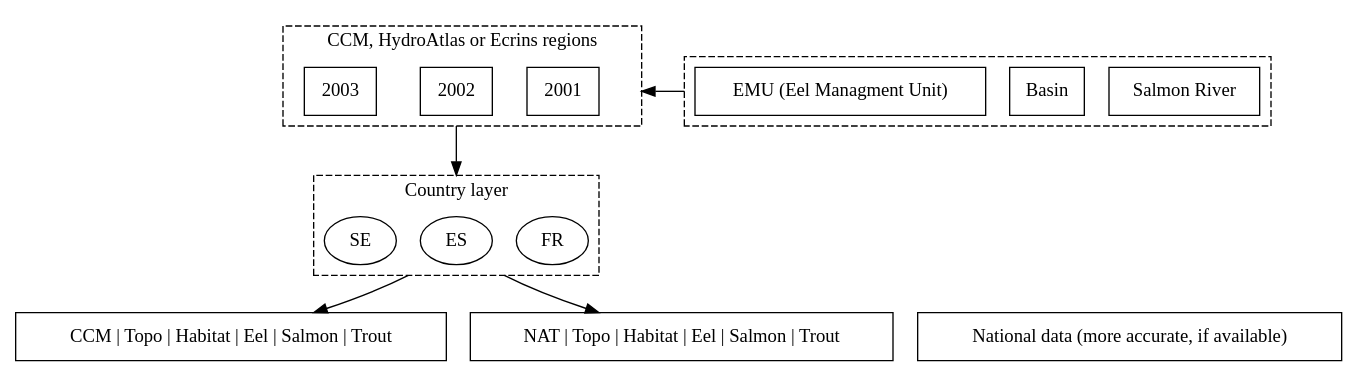
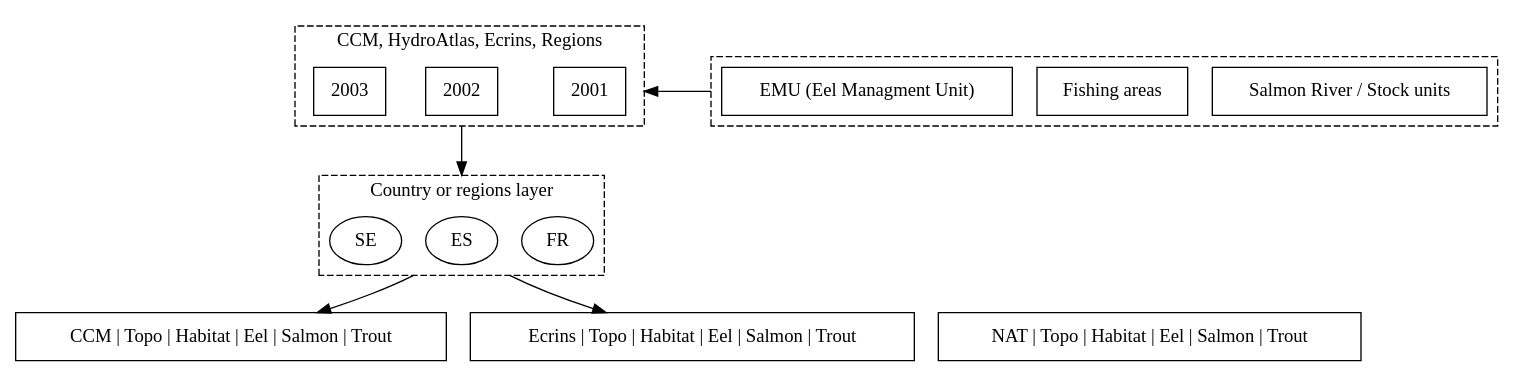
Before and after one commit to DIASPARAproject/WP3_migdb: the first of 5 diagrams in R/diaspara_WP3_presentation.qmd, drawn with Graphviz. The commit also changed other lines of this file and 2 other files, not shown here.

Commit message:
dev: some more work on the presentation

````diff
--- a/R/diaspara_WP3_presentation.qmd
+++ b/R/diaspara_WP3_presentation.qmd
@@ -57,59 +60,59 @@
 ```{dot}
 digraph {
     //rankdir=TB; // Top-to-bottom orientation
     compound=true;
     newrank=true;
     A [label="2001", shape=box];
     B [label="2002", shape=box];
     C [label="2003", shape=box];
     D [label="FR", shape=ellipse];
     E [label="ES", shape=ellipse];
     F [label="SE", shape=ellipse];
     G [label="CCM | Topo | Habitat | Eel | Salmon | Trout", shape=box];
-    H [label="NAT | Topo | Habitat | Eel | Salmon | Trout", shape=box];
+    H [label="Ecrins | Topo | Habitat | Eel | Salmon | Trout", shape=box];
+    L [label="NAT | Topo | Habitat | Eel | Salmon | Trout", shape=box];
 
     subgraph clusterA {
-      label = "CCM, HydroAtlas or Ecrins regions";
+      label = "CCM, HydroAtlas, Ecrins, Regions";
       style=dashed;
       color=black;
       A;
       B;
       C;
     }
 
     subgraph clusterB {
-      label = "Country layer";
+      label = "Country or regions layer";
       style=dashed;
       color=black;
       D;
       E;
       F;
     }
 
     
     B -> E [ltail=clusterA,lhead=clusterB,minlen=2];
     E -> G,H [ltail=clusterB];
 
-    I [label="Salmon River", shape=box];
-    J [label="Basin", shape=box];
+    I [label="Salmon River / Stock units", shape=box];
+    J [label="Fishing areas", shape=box];
     K [label="EMU (Eel Managment Unit)", shape=box];
-    L [label="National data (more accurate, if available)", shape=box];
 
 
     {rank=same;D;E;F;}
     {rank=same;A;B;C;I;J;K}
     {rank=same;G;H;L;} 
 
     subgraph clusterC {
       label = "";
       style=dashed;
       color=black;
       I;
       J;
       K;
     }
 
     K -> A [ltail=clusterC,lhead=clusterA,minlen=4];
     //L -> H [style=invis]
 }
 ```
````
